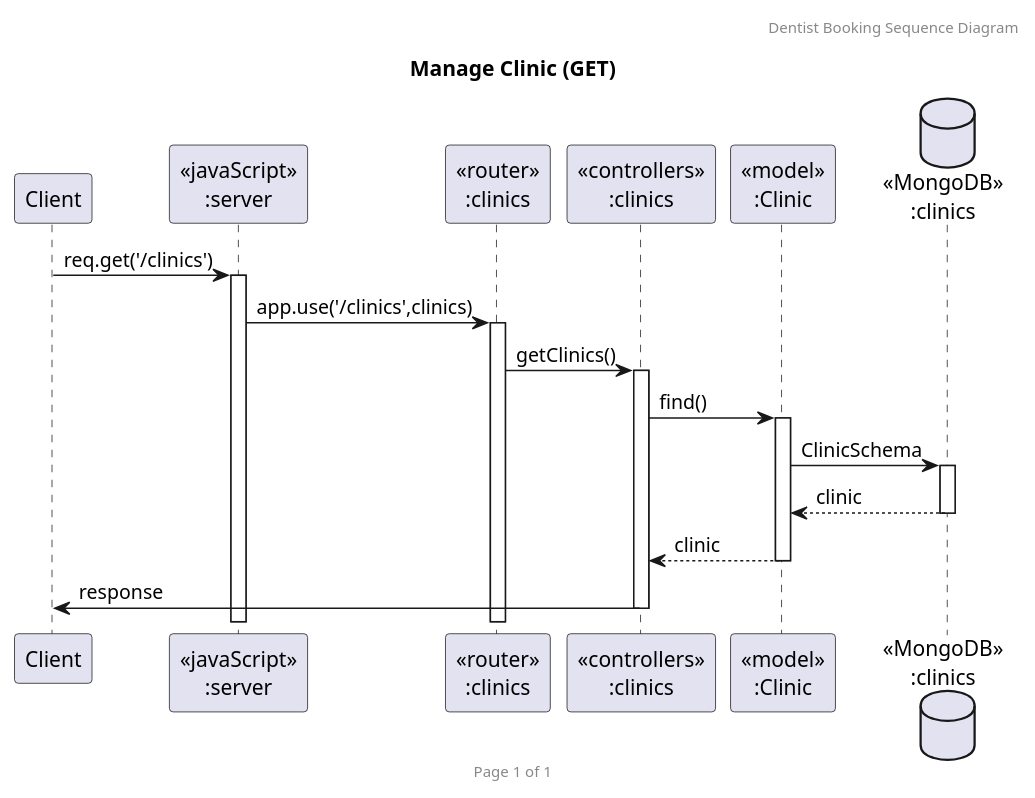
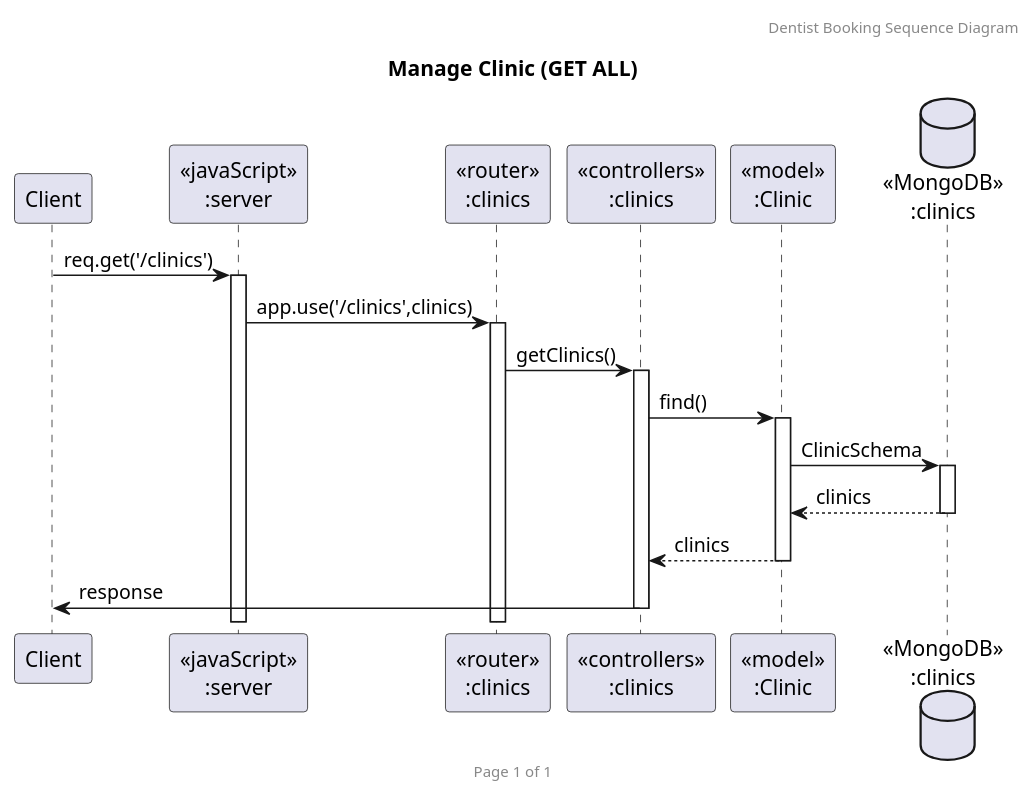
One commit to KoalaMuch/DentistBooking changed the diagram in doc/sequence_diagram/GetAllClinics.puml. Above: the diagram before and after it, drawn with PlantUML. The commit also changed 5 other files, not shown here.

Commit message:
add dentist seq diagram

```diff
--- a/doc/sequence_diagram/GetAllClinics.puml
+++ b/doc/sequence_diagram/GetAllClinics.puml
@@ -1,23 +1,23 @@
-@startuml Manage Clinic (GET)
+@startuml Manage Clinic (GET ALL)
 
 header Dentist Booking Sequence Diagram
 footer Page %page% of %lastpage%
-title "Manage Clinic (GET)"
+title "Manage Clinic (GET ALL)"
 
 participant "Client" as client
 participant "<<javaScript>>\n:server" as server
 participant "<<router>>\n:clinics" as routerClinics
 participant "<<controllers>>\n:clinics" as controllersClinics
 participant "<<model>>\n:Clinic" as modelClinic
 database "<<MongoDB>>\n:clinics" as ClinicsDatabase
 
 client->server ++:req.get('/clinics')
 server->routerClinics ++:app.use('/clinics',clinics)
 routerClinics -> controllersClinics ++:getClinics()
 controllersClinics->modelClinic ++:find()
 modelClinic ->ClinicsDatabase ++: ClinicSchema
-ClinicsDatabase --> modelClinic --: clinic
-controllersClinics <-- modelClinic --:clinic
+ClinicsDatabase --> modelClinic --: clinics
+controllersClinics <-- modelClinic --:clinics
 controllersClinics->client --:response
 
 @enduml
```
